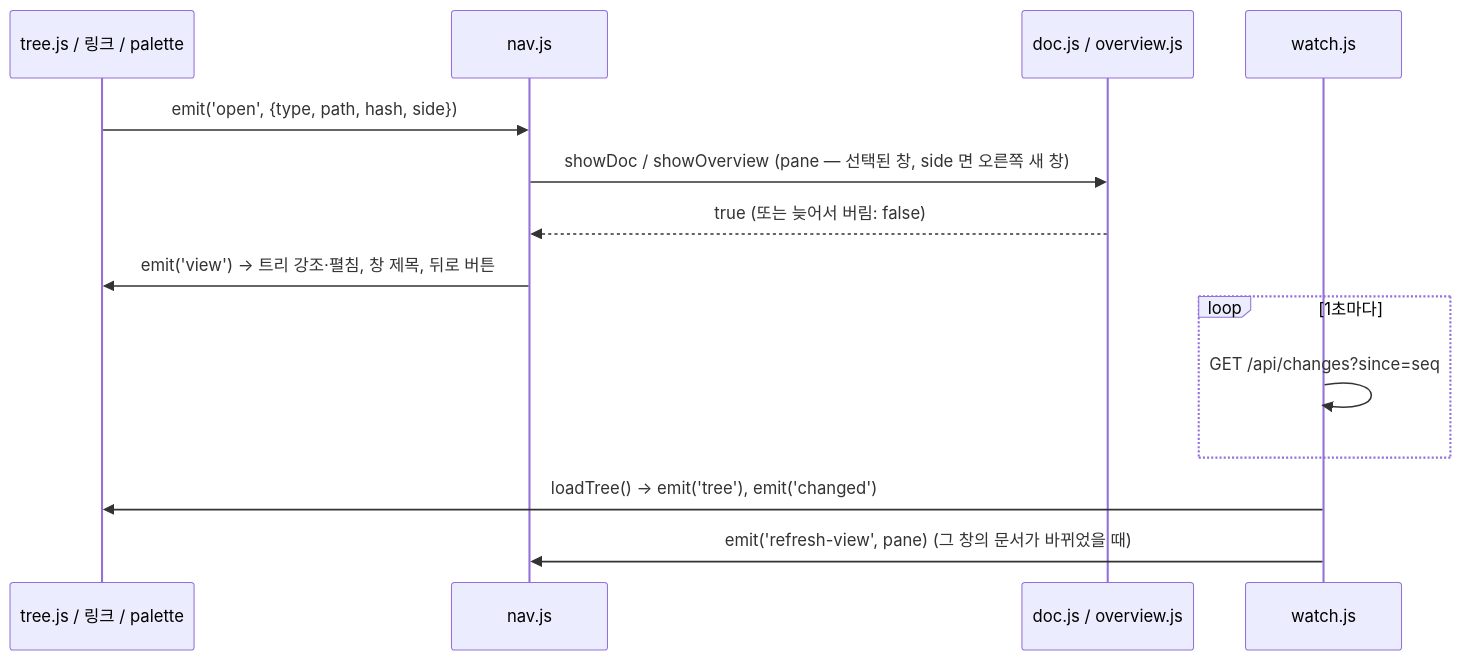
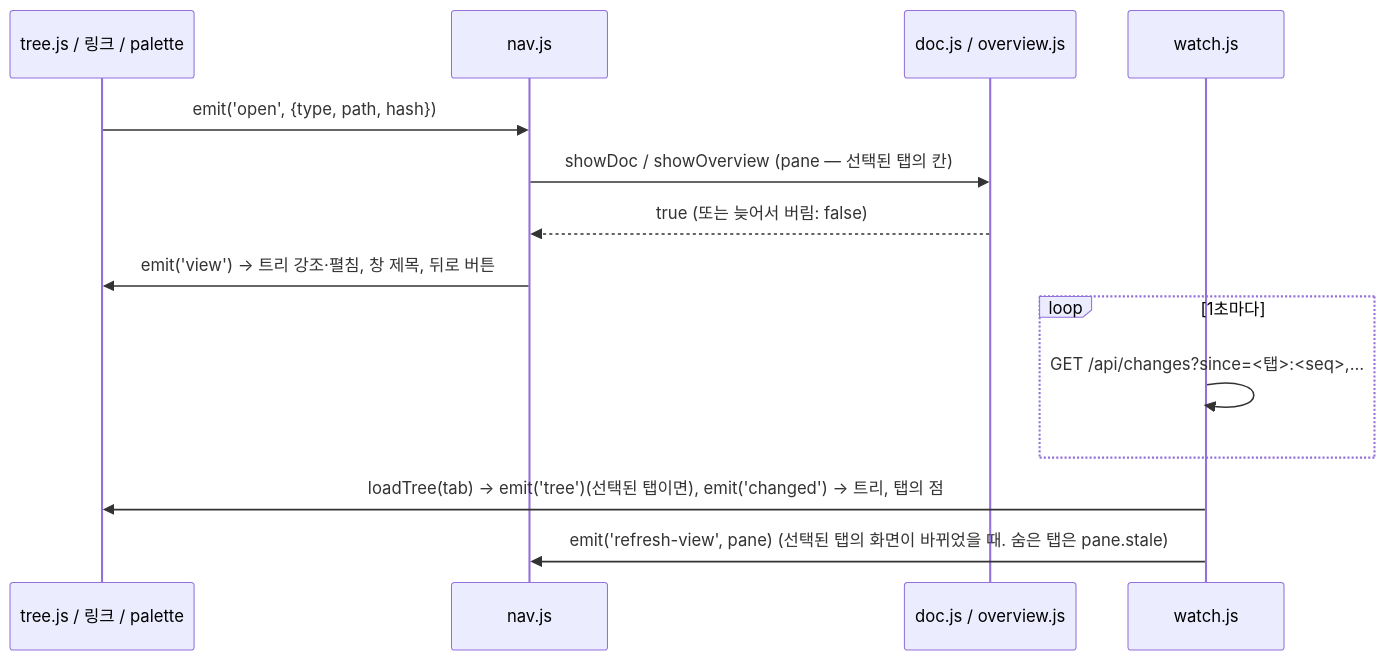
Before and after one commit to samiblog/lectern: the second of 2 diagrams in docs/ARCHITECTURE.md, drawn with Mermaid. The commit also changed other lines of this file and 44 other files, not shown here.

````diff
--- a/docs/ARCHITECTURE.md
+++ b/docs/ARCHITECTURE.md
@@ -144,16 +162,16 @@
 ```mermaid
 sequenceDiagram
     participant T as tree.js / 링크 / palette
     participant N as nav.js
     participant D as doc.js / overview.js
     participant W as watch.js
-    T->>N: emit('open', {type, path, hash, side})
-    N->>D: showDoc / showOverview (pane — 선택된 창, side 면 오른쪽 새 창)
+    T->>N: emit('open', {type, path, hash})
+    N->>D: showDoc / showOverview (pane — 선택된 탭의 칸)
     D-->>N: true (또는 늦어서 버림: false)
     N->>T: emit('view') → 트리 강조·펼침, 창 제목, 뒤로 버튼
     loop 1초마다
-        W->>W: GET /api/changes?since=seq
+        W->>W: GET /api/changes?since=<탭>:<seq>,…
     end
-    W->>T: loadTree() → emit('tree'), emit('changed')
-    W->>N: emit('refresh-view', pane) (그 창의 문서가 바뀌었을 때)
+    W->>T: loadTree(tab) → emit('tree')(선택된 탭이면), emit('changed') → 트리, 탭의 점
+    W->>N: emit('refresh-view', pane) (선택된 탭의 화면이 바뀌었을 때. 숨은 탭은 pane.stale)
 ```
````
